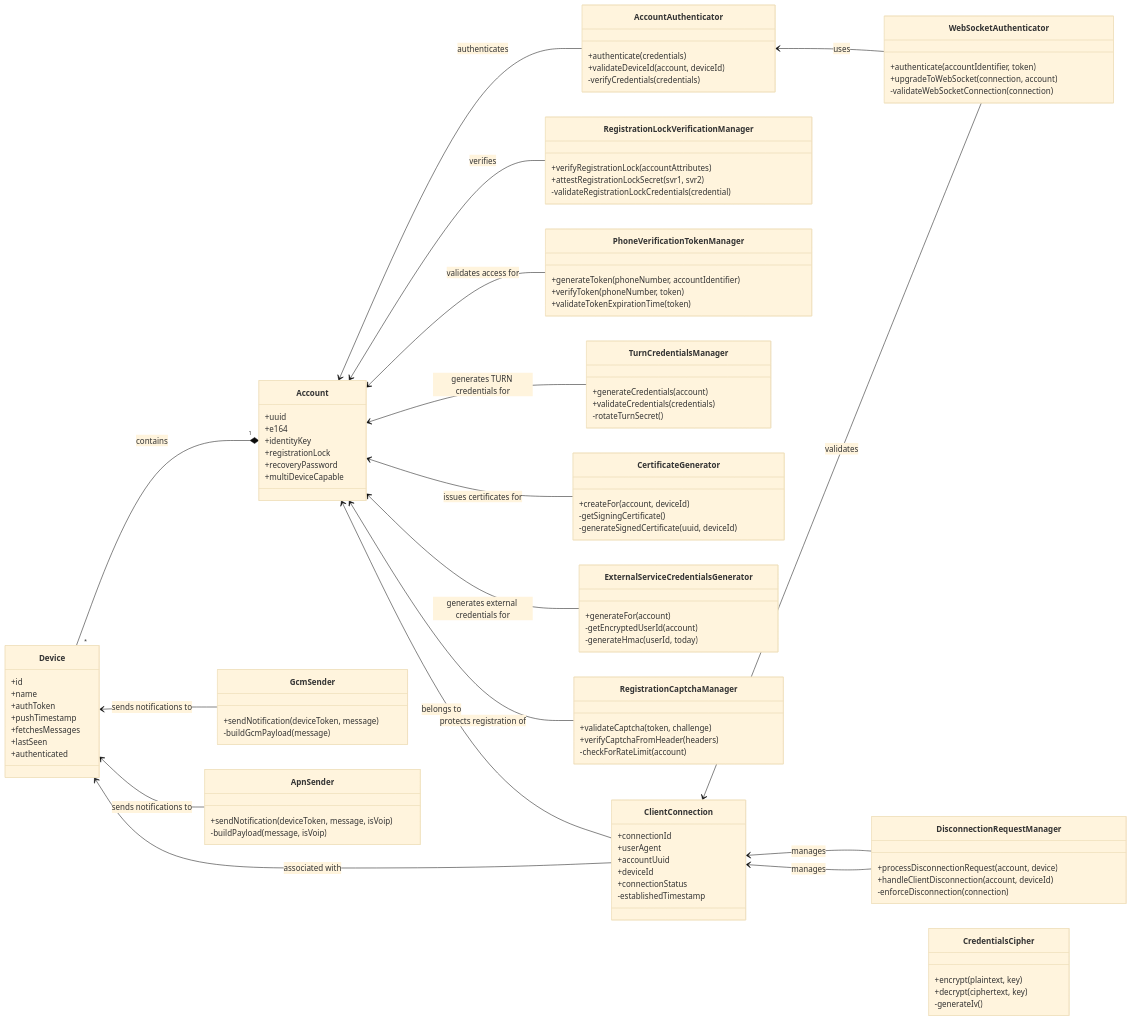
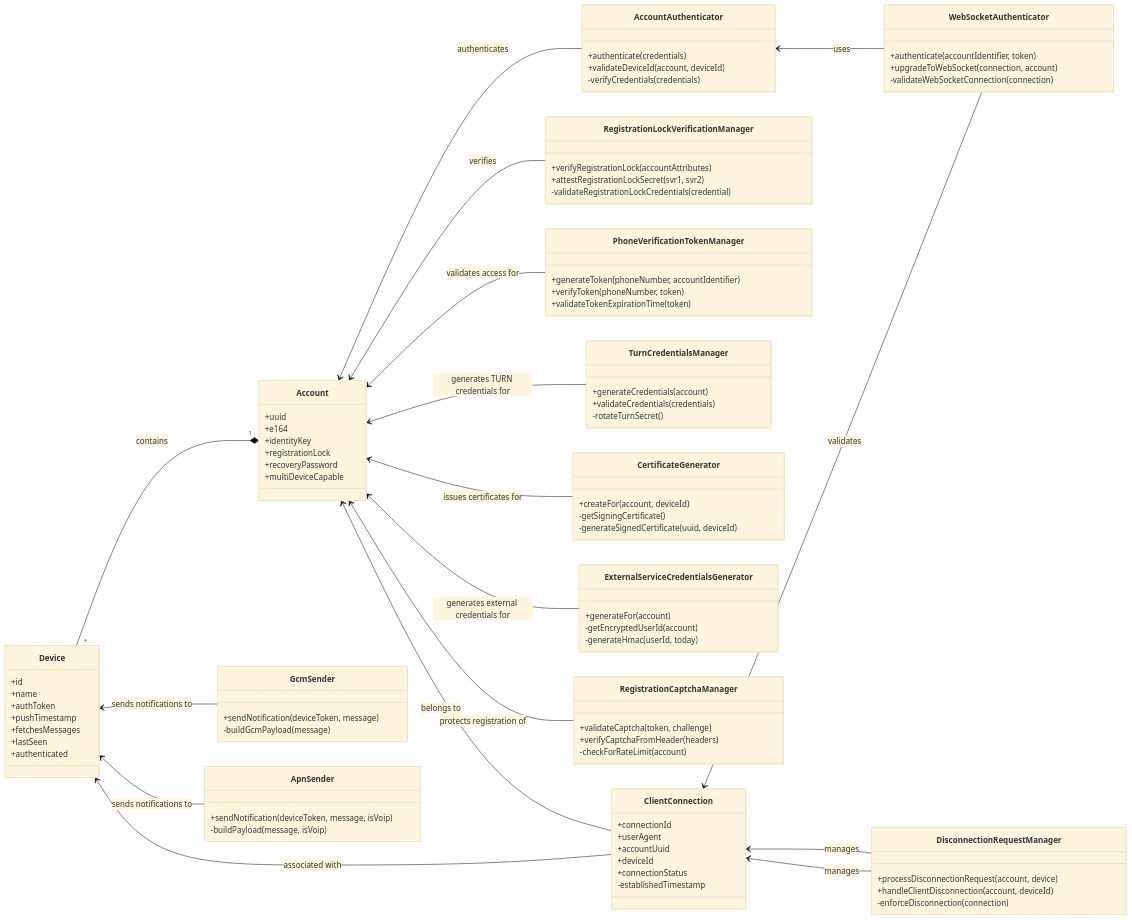
One commit to LilConsul/SE-SignalServer-Analyzation changed the diagram in ClassDiagram/2-AuthSecurity.mmd. Above: the diagram before and after it, drawn with Mermaid (base theme). The commit also changed other lines of this file and 2 other files, not shown here.

Commit message:
Improve all diagrams

```diff
--- a/ClassDiagram/2-AuthSecurity.mmd
+++ b/ClassDiagram/2-AuthSecurity.mmd
@@ -1,127 +1,121 @@
 ---
 config:
   direction: RL
   class:
     hideMembers: false
 ---
 classDiagram
     direction RL
 %% Top-level Authentication & Security components
     class AccountAuthenticator {
         +authenticate(credentials)
         +validateDeviceId(account, deviceId)
         -verifyCredentials(credentials)
     }
 
     class RegistrationLockVerificationManager {
         +verifyRegistrationLock(accountAttributes)
         +attestRegistrationLockSecret(svr1, svr2)
         -validateRegistrationLockCredentials(credential)
     }
 
     class PhoneVerificationTokenManager {
         +generateToken(phoneNumber, accountIdentifier)
         +verifyToken(phoneNumber, token)
         +validateTokenExpirationTime(token)
     }
 
     class TurnCredentialsManager {
         +generateCredentials(account)
         +validateCredentials(credentials)
         -rotateTurnSecret()
     }
 
     class CertificateGenerator {
         +createFor(account, deviceId)
         -getSigningCertificate()
         -generateSignedCertificate(uuid, deviceId)
     }
 
 %% Service Credential components
     class ExternalServiceCredentialsGenerator {
         +generateFor(account)
         -getEncryptedUserId(account)
         -generateHmac(userId, today)
     }
 
     class DisconnectionRequestManager {
         +processDisconnectionRequest(account, device)
         +handleClientDisconnection(account, deviceId)
         -enforceDisconnection(connection)
     }
 
     class RegistrationCaptchaManager {
         +validateCaptcha(token, challenge)
         +verifyCaptchaFromHeader(headers)
         -checkForRateLimit(account)
     }
 
     class WebSocketAuthenticator {
         +authenticate(accountIdentifier, token)
         +upgradeToWebSocket(connection, account)
         -validateWebSocketConnection(connection)
     }
 
 %% Authentication data model
     class Account {
         +uuid
         +e164
         +identityKey
         +registrationLock
         +recoveryPassword
         +multiDeviceCapable
     }
 
     class Device {
         +id
         +name
         +authToken
         +pushTimestamp
         +fetchesMessages
         +lastSeen
         +authenticated
     }
 
     class ClientConnection {
         +connectionId
         +userAgent
         +accountUuid
         +deviceId
         +connectionStatus
         -establishedTimestamp
     }
 
 %% Security and Cryptography components
-    class CredentialsCipher {
-        +encrypt(plaintext, key)
-        +decrypt(ciphertext, key)
-        -generateIv()
-    }
-
     class GcmSender {
         +sendNotification(deviceToken, message)
         -buildGcmPayload(message)
     }
 
     class ApnSender {
         +sendNotification(deviceToken, message, isVoip)
         -buildPayload(message, isVoip)
     }
 
 %% Connections and Relationships
     AccountAuthenticator --> Account: authenticates
     Account "1" *-- "*" Device: contains
     RegistrationLockVerificationManager --> Account: verifies
     PhoneVerificationTokenManager --> Account: validates access for
     TurnCredentialsManager --> Account: generates TURN credentials for
     CertificateGenerator --> Account: issues certificates for
     ExternalServiceCredentialsGenerator --> Account: generates external credentials for
     DisconnectionRequestManager --> ClientConnection: manages
     ClientConnection --> Account: belongs to
     ClientConnection --> Device: associated with
     WebSocketAuthenticator --> AccountAuthenticator: uses
     WebSocketAuthenticator --> ClientConnection: validates
     RegistrationCaptchaManager --> Account: protects registration of
     GcmSender --> Device: sends notifications to
     ApnSender --> Device: sends notifications to
     DisconnectionRequestManager --> ClientConnection: manages
```
